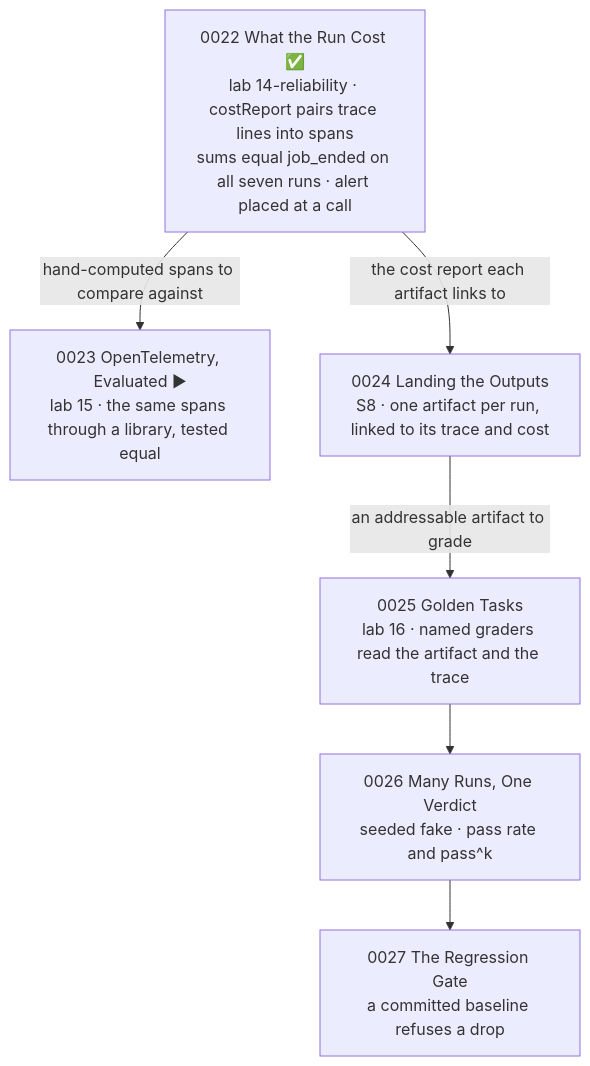
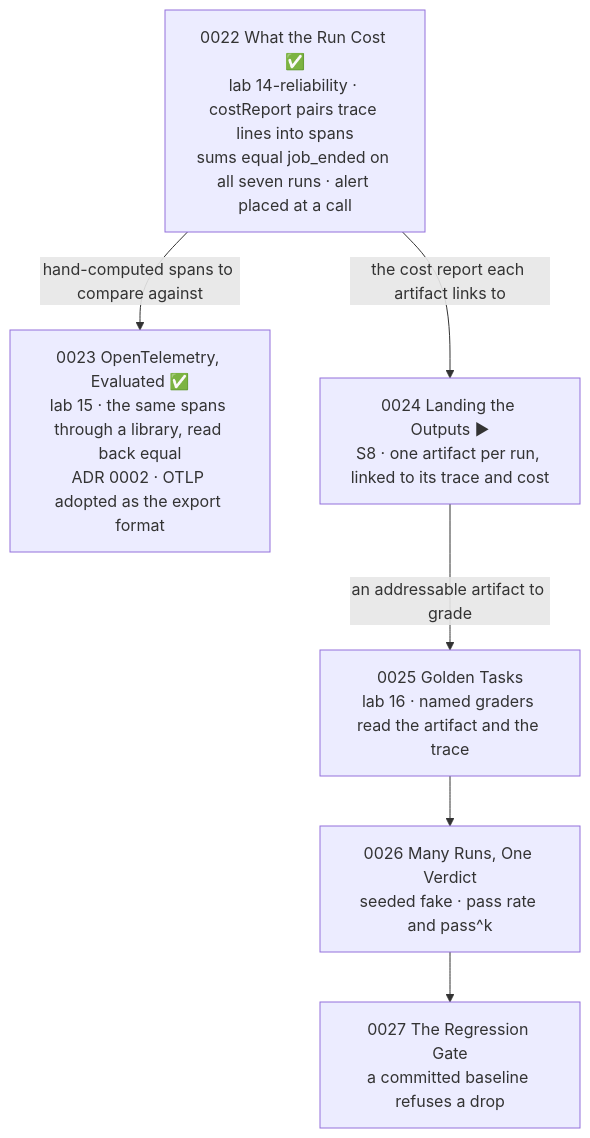
Before and after one commit to JozsefKiss90/TS: the sixth of 7 diagrams in wiki/course/course-module-graph.md, drawn with Mermaid. The commit also changed other lines of this file and 18 other files, not shown here.

First line of the commit message:
Ship lesson 0023 - OpenTelemetry, Evaluated; lab 15-opentelemetry; ADR 0002

````diff
--- a/wiki/course/course-module-graph.md
+++ b/wiki/course/course-module-graph.md
@@ -115,14 +115,14 @@
 ```mermaid
 flowchart TD
     R22["0022 What the Run Cost ✅<br/>lab 14-reliability · costReport pairs trace lines into spans<br/>sums equal job_ended on all seven runs · alert placed at a call"]
-    R23["0023 OpenTelemetry, Evaluated ▶<br/>lab 15 · the same spans through a library, tested equal"]
-    R24["0024 Landing the Outputs<br/>S8 · one artifact per run, linked to its trace and cost"]
+    R23["0023 OpenTelemetry, Evaluated ✅<br/>lab 15 · the same spans through a library, read back equal<br/>ADR 0002 · OTLP adopted as the export format"]
+    R24["0024 Landing the Outputs ▶<br/>S8 · one artifact per run, linked to its trace and cost"]
     R25["0025 Golden Tasks<br/>lab 16 · named graders read the artifact and the trace"]
     R26["0026 Many Runs, One Verdict<br/>seeded fake · pass rate and pass^k"]
     R27["0027 The Regression Gate<br/>a committed baseline refuses a drop"]
     R22 -->|"hand-computed spans to compare against"| R23
     R22 -->|"the cost report each artifact links to"| R24
     R24 -->|"an addressable artifact to grade"| R25
     R25 --> R26
     R26 --> R27
 ```
````
